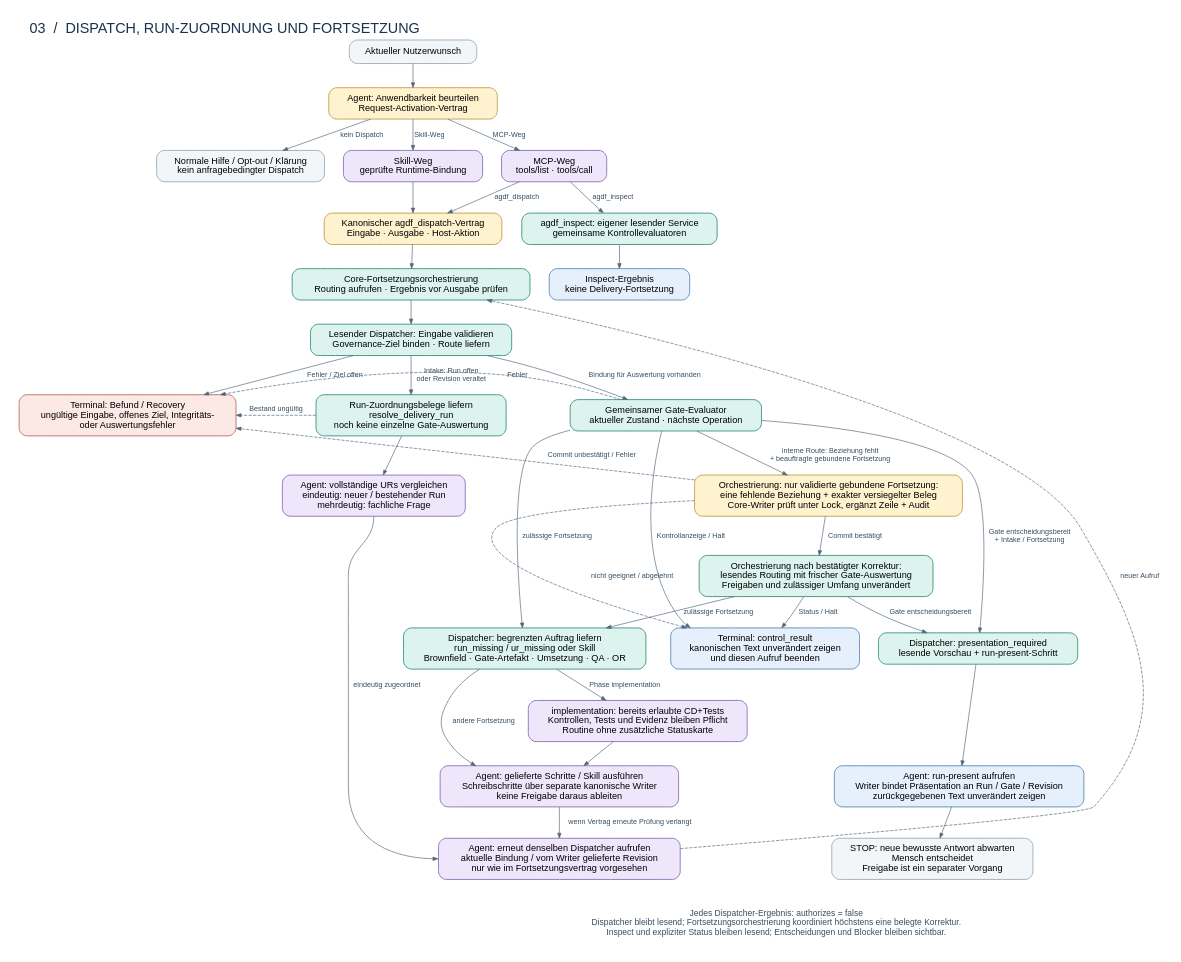
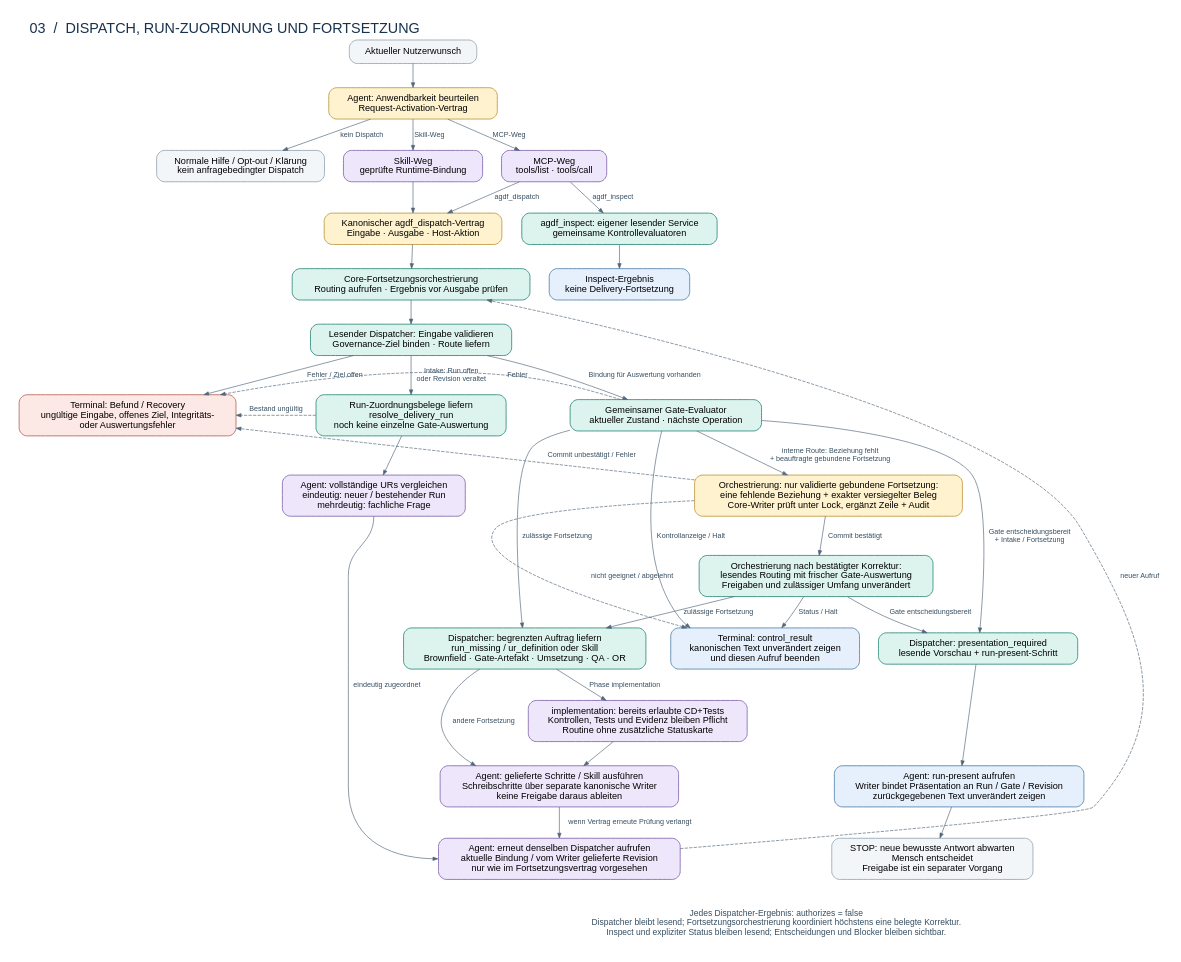
Before and after one commit to ArndtGold/ai-native-governance-delivery-framework: the diagram in docs/architecture/diagrams/03-dispatch.dot, drawn with Graphviz. The commit also changed 169 other files, not shown here.

```diff
--- a/docs/architecture/diagrams/03-dispatch.dot
+++ b/docs/architecture/diagrams/03-dispatch.dot
@@ -1,77 +1,77 @@
 digraph dispatch {
   graph [rankdir=TB, bgcolor="white", pad=0.3, nodesep=0.4, ranksep=0.48, fontname="Helvetica", label="03  /  DISPATCH, RUN-ZUORDNUNG UND FORTSETZUNG", labelloc=t, labeljust=l, fontsize=22, fontcolor="#17324D"];
   node [shape=box, style="rounded,filled", color="#2D8B7B", fillcolor="#DDF4EE", fontname="Helvetica", fontsize=14, margin="0.19,0.12", penwidth=1.3];
   edge [color="#52667A", arrowsize=0.75, fontname="Helvetica", fontsize=11, fontcolor="#354D61"];
 
   request [label="Aktueller Nutzerwunsch", fillcolor="#F3F6F8", color="#97A6B3"];
   activation [label="Agent: Anwendbarkeit beurteilen\nRequest-Activation-Vertrag", fillcolor="#FFF2CF", color="#BF9840"];
   normal [label="Normale Hilfe / Opt-out / Klärung\nkein anfragebedingter Dispatch", fillcolor="#F3F6F8", color="#97A6B3"];
   skill [label="Skill-Weg\ngeprüfte Runtime-Bindung", fillcolor="#EEE7FC", color="#8268AF"];
   mcp [label="MCP-Weg\ntools/list · tools/call", fillcolor="#EEE7FC", color="#8268AF"];
   inspect [label="agdf_inspect: eigener lesender Service\ngemeinsame Kontrollevaluatoren"];
   inspect_result [label="Inspect-Ergebnis\nkeine Delivery-Fortsetzung", fillcolor="#E5F0FC", color="#5284AD"];
   contract [label="Kanonischer agdf_dispatch-Vertrag\nEingabe · Ausgabe · Host-Aktion", fillcolor="#FFF2CF", color="#BF9840"];
   continuation [label="Core-Fortsetzungsorchestrierung\nRouting aufrufen · Ergebnis vor Ausgabe prüfen"];
   dispatcher [label="Lesender Dispatcher: Eingabe validieren\nGovernance-Ziel binden · Route liefern"];
   assignment [label="Run-Zuordnungsbelege liefern\nresolve_delivery_run\nnoch keine einzelne Gate-Auswertung"];
   scope [label="Agent: vollständige URs vergleichen\neindeutig: neuer / bestehender Run\nmehrdeutig: fachliche Frage", fillcolor="#EEE7FC", color="#8268AF"];
   evaluation [label="Gemeinsamer Gate-Evaluator\naktueller Zustand · nächste Operation"];
   correction [label="Orchestrierung: nur validierte gebundene Fortsetzung:\neine fehlende Beziehung + exakter versiegelter Beleg\nCore-Writer prüft unter Lock, ergänzt Zeile + Audit", fillcolor="#FFF2CF", color="#BF9840"];
   reevaluation [label="Orchestrierung nach bestätigter Korrektur:\nlesendes Routing mit frischer Gate-Auswertung\nFreigaben und zulässiger Umfang unverändert"];
   recovery [label="Terminal: Befund / Recovery\nungültige Eingabe, offenes Ziel, Integritäts-\noder Auswertungsfehler", fillcolor="#FCE8E4", color="#B5675A"];
   terminal [label="Terminal: control_result\nkanonischen Text unverändert zeigen\nund diesen Aufruf beenden", fillcolor="#E5F0FC", color="#5284AD"];
-  work [label="Dispatcher: begrenzten Auftrag liefern\nrun_missing / ur_missing oder Skill\nBrownfield · Gate-Artefakt · Umsetzung · QA · OR"];
+  work [label="Dispatcher: begrenzten Auftrag liefern\nrun_missing / ur_definition oder Skill\nBrownfield · Gate-Artefakt · Umsetzung · QA · OR"];
   implementation [label="implementation: bereits erlaubte CD+Tests\nKontrollen, Tests und Evidenz bleiben Pflicht\nRoutine ohne zusätzliche Statuskarte", fillcolor="#EEE7FC", color="#8268AF"];
   execute [label="Agent: gelieferte Schritte / Skill ausführen\nSchreibschritte über separate kanonische Writer\nkeine Freigabe daraus ableiten", fillcolor="#EEE7FC", color="#8268AF"];
   presentation [label="Dispatcher: presentation_required\nlesende Vorschau + run-present-Schritt"];
   present [label="Agent: run-present aufrufen\nWriter bindet Präsentation an Run / Gate / Revision\nzurückgegebenen Text unverändert zeigen", fillcolor="#E5F0FC", color="#5284AD"];
   wait [label="STOP: neue bewusste Antwort abwarten\nMensch entscheidet\nFreigabe ist ein separater Vorgang", fillcolor="#F3F6F8", color="#97A6B3"];
   redispatch [label="Agent: erneut denselben Dispatcher aufrufen\naktuelle Bindung / vom Writer gelieferte Revision\nnur wie im Fortsetzungsvertrag vorgesehen", fillcolor="#EEE7FC", color="#8268AF"];
   note [label="Jedes Dispatcher-Ergebnis: authorizes = false\nDispatcher bleibt lesend; Fortsetzungsorchestrierung koordiniert höchstens eine belegte Korrektur.\nInspect und expliziter Status bleiben lesend; Entscheidungen und Blocker bleiben sichtbar.", shape=plaintext, fillcolor="white", fontcolor="#354D61", fontsize=13];
 
   request -> activation;
   activation -> normal [label="kein Dispatch"];
   activation -> skill [label="Skill-Weg"];
   activation -> mcp [label="MCP-Weg"];
   skill -> contract;
   mcp -> contract [label="agdf_dispatch"];
   mcp -> inspect [label="agdf_inspect"];
   inspect -> inspect_result;
   contract -> continuation;
   continuation -> dispatcher;
   dispatcher -> recovery [label="Fehler / Ziel offen"];
   dispatcher -> assignment [label="Intake: Run offen\noder Revision veraltet"];
   dispatcher -> evaluation [label="Bindung für Auswertung vorhanden"];
   assignment -> scope;
   assignment -> recovery [label="Bestand ungültig", style=dashed, constraint=false];
   scope -> redispatch [label="eindeutig zugeordnet", tailport=s, headport=w];
   evaluation -> recovery [label="Fehler", style=dashed, constraint=false];
   evaluation -> correction [label="interne Route: Beziehung fehlt\n+ beauftragte gebundene Fortsetzung"];
   correction -> reevaluation [label="Commit bestätigt"];
   correction -> terminal [label="nicht geeignet / abgelehnt", style=dashed, constraint=false];
   correction -> recovery [label="Commit unbestätigt / Fehler", style=dashed, constraint=false];
   evaluation -> terminal [label="Kontrollanzeige / Halt"];
   evaluation -> work [label="zulässige Fortsetzung"];
   evaluation -> presentation [label="Gate entscheidungsbereit\n+ Intake / Fortsetzung"];
   reevaluation -> terminal [label="Status / Halt"];
   reevaluation -> work [label="zulässige Fortsetzung"];
   reevaluation -> presentation [label="Gate entscheidungsbereit"];
   work -> implementation [label="Phase implementation"];
   implementation -> execute;
   work -> execute [label="andere Fortsetzung"];
   execute -> redispatch [label="wenn Vertrag erneute Prüfung verlangt"];
   presentation -> present;
   present -> wait;
   redispatch -> continuation [style=dashed, constraint=false, label="neuer Aufruf"];
   terminal -> note [style=invis];
   redispatch -> note [style=invis];
   wait -> note [style=invis];
 
   {rank=same; normal; skill; mcp;}
   {rank=same; contract; inspect;}
   {rank=same; assignment; evaluation; recovery;}
   {rank=same; scope; correction;}
   {rank=same; terminal; work; presentation;}
   {rank=same; execute; present;}
   {rank=same; redispatch; wait;}
 }
```
